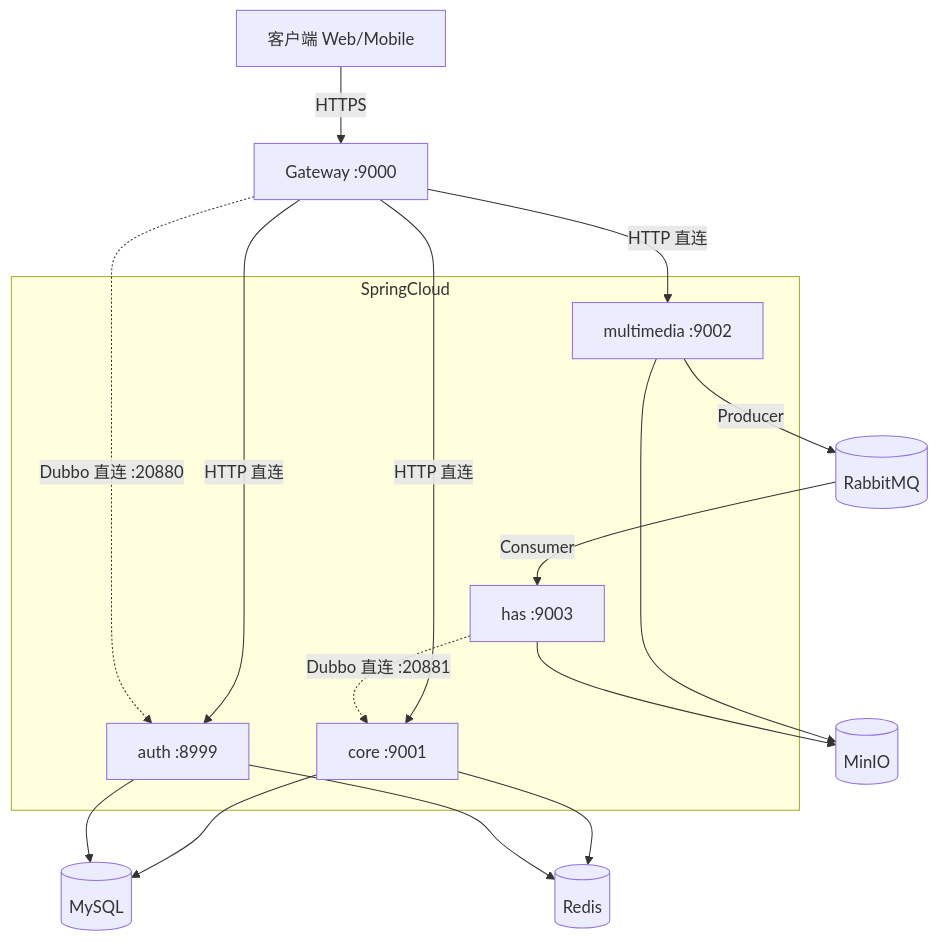
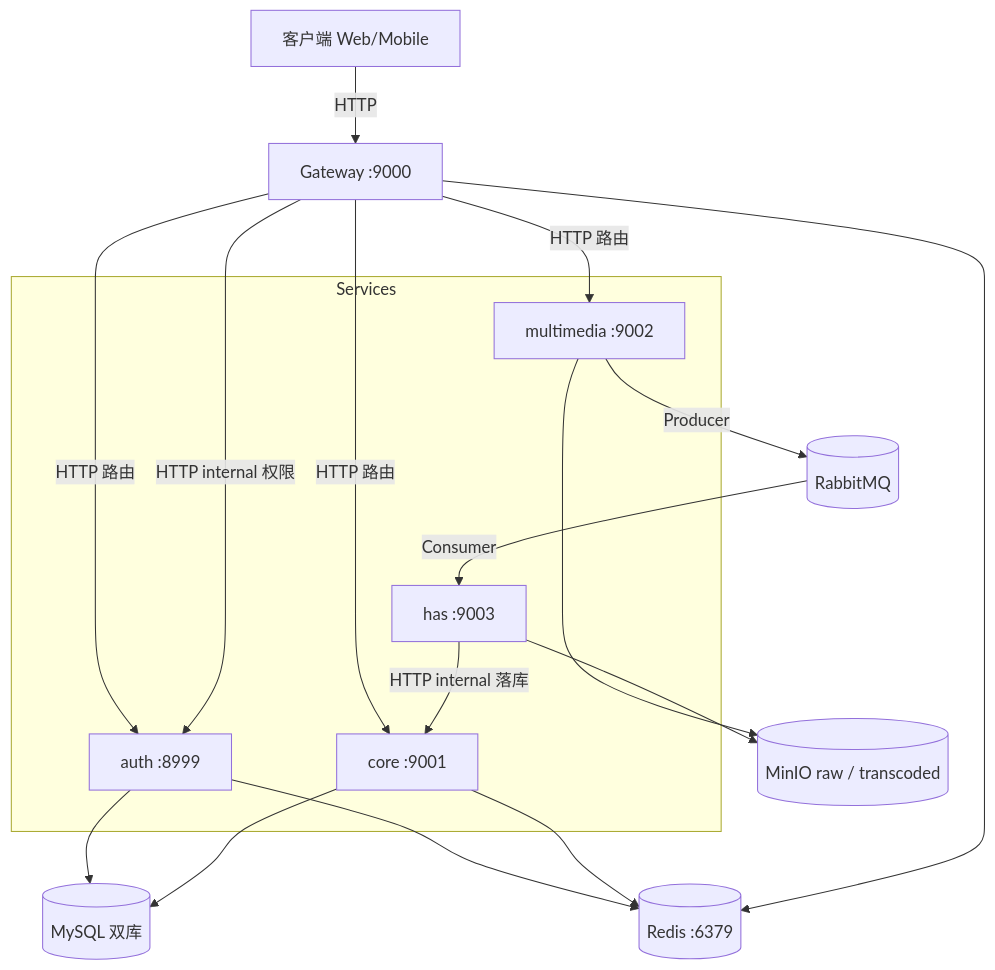
Before and after one commit to xiaolinstar/magic-video-backend: the first of 2 diagrams in docs/02-architecture.md, drawn with Mermaid. The commit also changed other lines of this file and 13 other files, not shown here.

````diff
--- a/docs/02-architecture.md
+++ b/docs/02-architecture.md
@@ -25,34 +26,35 @@
 ```mermaid
 flowchart TB
     Client[客户端 Web/Mobile]
     GW[Gateway :9000]
 
-    subgraph SpringCloud
+    subgraph Services
       Auth[auth :8999]
       Core[core :9001]
       MM[multimedia :9002]
       Has[has :9003]
     end
 
-    MySQL[(MySQL)]
-    Redis[(Redis)]
+    MySQL[(MySQL 双库)]
+    Redis[(Redis :6379)]
     MQ[(RabbitMQ)]
-    MinIO[(MinIO)]
+    MinIO[(MinIO raw / transcoded)]
 
-    Client -->|HTTPS| GW
-    GW -->|HTTP 直连| Auth
-    GW -->|HTTP 直连| Core
-    GW -->|HTTP 直连| MM
+    Client -->|HTTP| GW
+    GW -->|HTTP 路由| Auth
+    GW -->|HTTP 路由| Core
+    GW -->|HTTP 路由| MM
+    GW -->|HTTP internal 权限| Auth
 
-    GW -.->|Dubbo 直连 :20880| Auth
-    Has -.->|Dubbo 直连 :20881| Core
     MM -->|Producer| MQ
     MQ -->|Consumer| Has
+    Has -->|HTTP internal 落库| Core
 
+    Auth --> MySQL
+    Auth --> Redis
     Core --> MySQL
     Core --> Redis
-    Auth --> MySQL
-    Auth --> Redis
+    GW --> Redis
     MM --> MinIO
     Has --> MinIO
 ```
````
